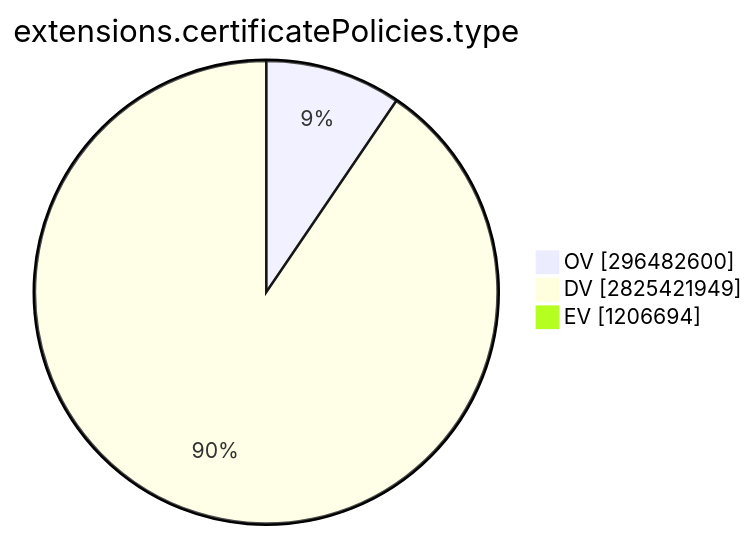
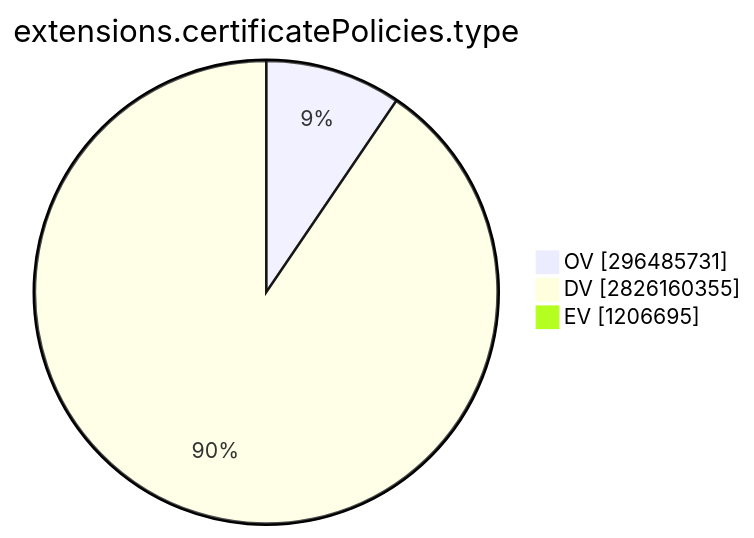
One commit to christiankrug/ctmonitor_visualization changed the ninth of 15 diagrams in TOTAL/README.md. Above: the diagram before and after it, drawn with Mermaid. The commit also changed other lines of this file, not shown here.

````diff
--- a/TOTAL/README.md
+++ b/TOTAL/README.md
@@ -3099,7 +3099,7 @@
 ```mermaid
 pie showData
 title extensions.certificatePolicies.type
-"OV" :296482600
-"DV" :2825421949
-"EV" :1206694
+"OV" :296485731
+"DV" :2826160355
+"EV" :1206695
 ```
````
